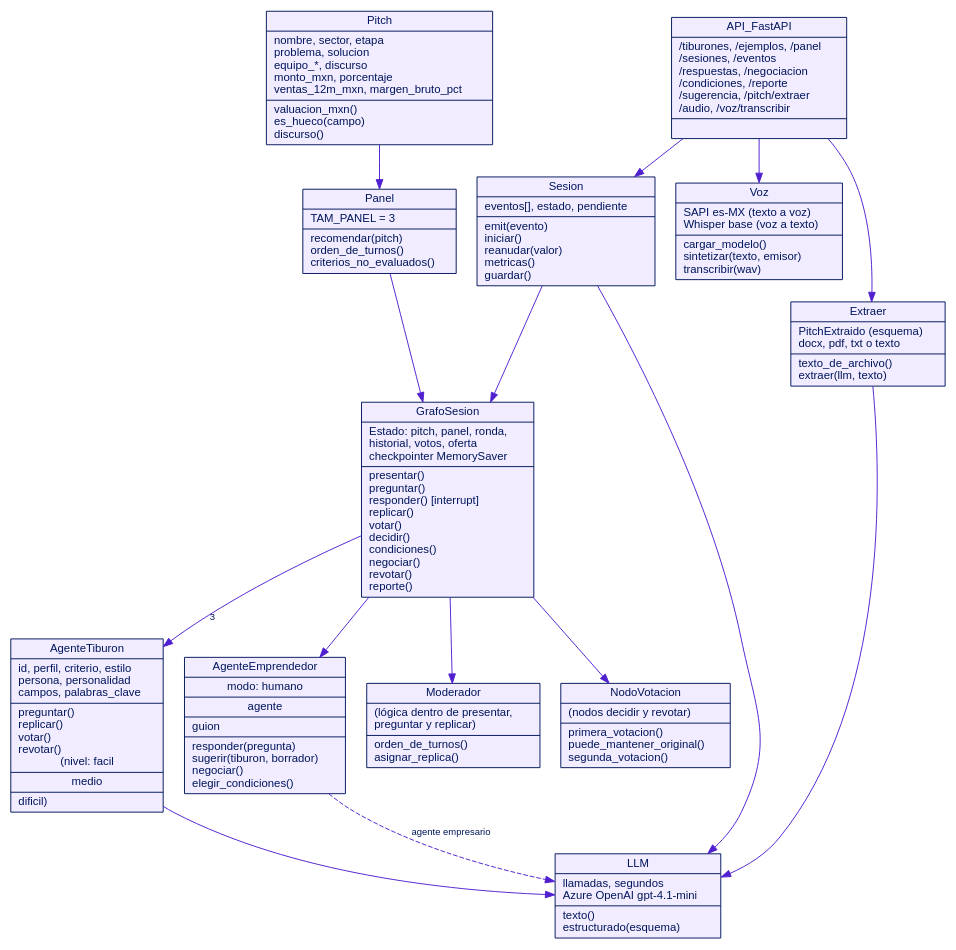
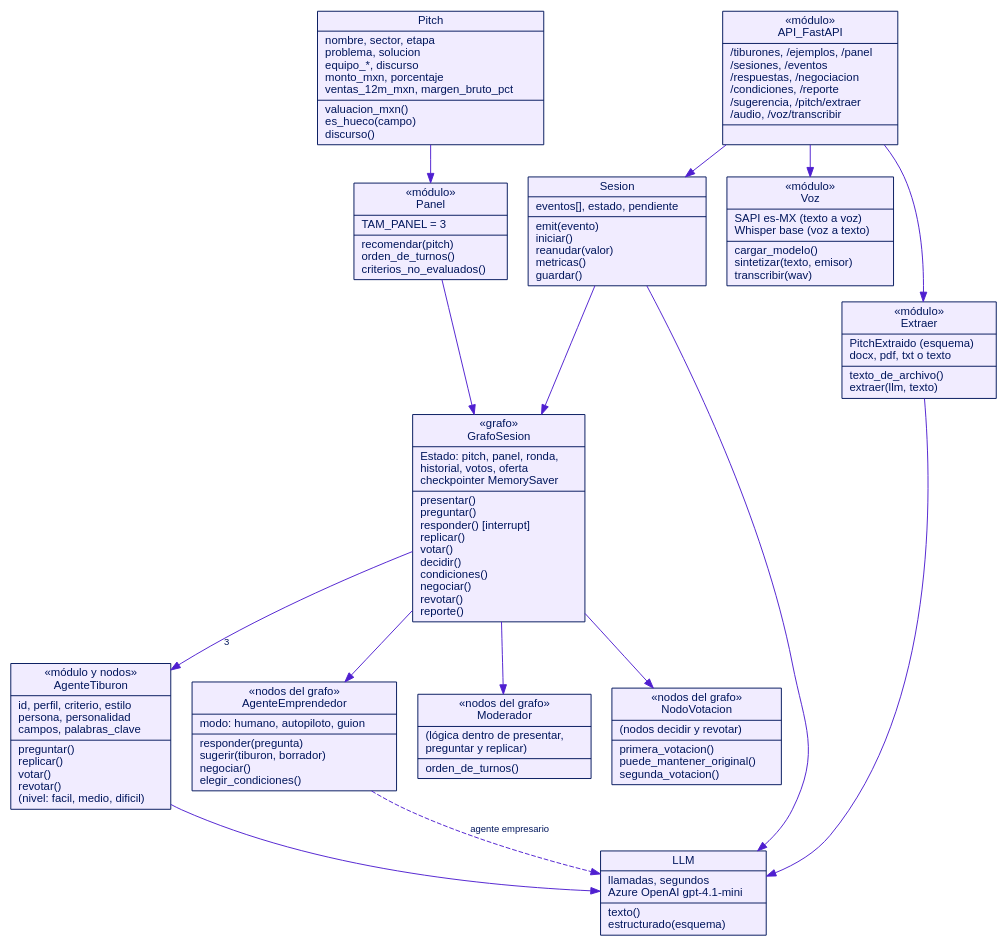
Before and after one commit to albertolopezb/NeuralHub: the diagram in docs/figuras/f05a_clases_servicio.dot, drawn with Graphviz. The commit also changed 26 other files, not shown here.

Commit message:
Correcciones de la revisión: diagramas, captura de tiburones, cifras y límites declarados

```diff
--- a/docs/figuras/f05a_clases_servicio.dot
+++ b/docs/figuras/f05a_clases_servicio.dot
@@ -1,16 +1,16 @@
 digraph G{ bgcolor=white; fontname="Helvetica"; node[fontname="Helvetica",fontsize=12,color="#00165C",fontcolor="#00165C",shape=record,style=filled]; edge[fontname="Helvetica",fontsize=10,color="#4F1FD0",fontcolor="#00165C"]; rankdir=TB; nodesep=.3; ranksep=.45;
 Pitch[fillcolor="#F1ECFF",label="{Pitch|nombre, sector, etapa\lproblema, solucion\lequipo_*, discurso\lmonto_mxn, porcentaje\lventas_12m_mxn, margen_bruto_pct\l|valuacion_mxn()\les_hueco(campo)\ldiscurso()\l}"];
-Panel[fillcolor="#F1ECFF",label="{Panel|TAM_PANEL = 3\l|recomendar(pitch)\lorden_de_turnos()\lcriterios_no_evaluados()\l}"];
-AgenteTiburon[fillcolor="#F1ECFF",label="{AgenteTiburon|id, perfil, criterio, estilo\lpersona, personalidad\lcampos, palabras_clave\l|preguntar()\lreplicar()\lvotar()\lrevotar()\l(nivel: facil|medio|dificil)\l}"];
-AgenteEmprendedor[fillcolor="#F1ECFF",label="{AgenteEmprendedor|modo: humano | agente | guion\l|responder(pregunta)\lsugerir(tiburon, borrador)\lnegociar()\lelegir_condiciones()\l}"];
-Moderador[fillcolor="#F1ECFF",label="{Moderador|(lógica dentro de presentar,\lpreguntar y replicar)\l|orden_de_turnos()\lasignar_replica()\l}"];
-NodoVotacion[fillcolor="#F1ECFF",label="{NodoVotacion|(nodos decidir y revotar)\l|primera_votacion()\lpuede_mantener_original()\lsegunda_votacion()\l}"];
-GrafoSesion[fillcolor="#F1ECFF",label="{GrafoSesion|Estado: pitch, panel, ronda,\lhistorial, votos, oferta\lcheckpointer MemorySaver\l|presentar()\lpreguntar()\lresponder() [interrupt]\lreplicar()\lvotar()\ldecidir()\lcondiciones()\lnegociar()\lrevotar()\lreporte()\l}"];
+Panel[fillcolor="#F1ECFF",label="{«módulo»\nPanel|TAM_PANEL = 3\l|recomendar(pitch)\lorden_de_turnos()\lcriterios_no_evaluados()\l}"];
+AgenteTiburon[fillcolor="#F1ECFF",label="{«módulo y nodos»\nAgenteTiburon|id, perfil, criterio, estilo\lpersona, personalidad\lcampos, palabras_clave\l|preguntar()\lreplicar()\lvotar()\lrevotar()\l(nivel: facil, medio, dificil)\l}"];
+AgenteEmprendedor[fillcolor="#F1ECFF",label="{«nodos del grafo»\nAgenteEmprendedor|modo: humano, autopiloto, guion\l|responder(pregunta)\lsugerir(tiburon, borrador)\lnegociar()\lelegir_condiciones()\l}"];
+Moderador[fillcolor="#F1ECFF",label="{«nodos del grafo»\nModerador|(lógica dentro de presentar,\lpreguntar y replicar)\l|orden_de_turnos()\l}"];
+NodoVotacion[fillcolor="#F1ECFF",label="{«nodos del grafo»\nNodoVotacion|(nodos decidir y revotar)\l|primera_votacion()\lpuede_mantener_original()\lsegunda_votacion()\l}"];
+GrafoSesion[fillcolor="#F1ECFF",label="{«grafo»\nGrafoSesion|Estado: pitch, panel, ronda,\lhistorial, votos, oferta\lcheckpointer MemorySaver\l|presentar()\lpreguntar()\lresponder() [interrupt]\lreplicar()\lvotar()\ldecidir()\lcondiciones()\lnegociar()\lrevotar()\lreporte()\l}"];
 LLM[fillcolor="#F1ECFF",label="{LLM|llamadas, segundos\lAzure OpenAI gpt-4.1-mini\l|texto()\lestructurado(esquema)\l}"];
 Sesion[fillcolor="#F1ECFF",label="{Sesion|eventos[], estado, pendiente\l|emit(evento)\liniciar()\lreanudar(valor)\lmetricas()\lguardar()\l}"];
-API_FastAPI[fillcolor="#F1ECFF",label="{API_FastAPI|/tiburones, /ejemplos, /panel\l/sesiones, /eventos\l/respuestas, /negociacion\l/condiciones, /reporte\l/sugerencia, /pitch/extraer\l/audio, /voz/transcribir\l|}"];
-Voz[fillcolor="#F1ECFF",label="{Voz|SAPI es-MX (texto a voz)\lWhisper base (voz a texto)\l|cargar_modelo()\lsintetizar(texto, emisor)\ltranscribir(wav)\l}"];
-Extraer[fillcolor="#F1ECFF",label="{Extraer|PitchExtraido (esquema)\ldocx, pdf, txt o texto\l|texto_de_archivo()\lextraer(llm, texto)\l}"];
+API_FastAPI[fillcolor="#F1ECFF",label="{«módulo»\nAPI_FastAPI|/tiburones, /ejemplos, /panel\l/sesiones, /eventos\l/respuestas, /negociacion\l/condiciones, /reporte\l/sugerencia, /pitch/extraer\l/audio, /voz/transcribir\l|}"];
+Voz[fillcolor="#F1ECFF",label="{«módulo»\nVoz|SAPI es-MX (texto a voz)\lWhisper base (voz a texto)\l|cargar_modelo()\lsintetizar(texto, emisor)\ltranscribir(wav)\l}"];
+Extraer[fillcolor="#F1ECFF",label="{«módulo»\nExtraer|PitchExtraido (esquema)\ldocx, pdf, txt o texto\l|texto_de_archivo()\lextraer(llm, texto)\l}"];
 Pitch->Panel; Panel->GrafoSesion; GrafoSesion->AgenteTiburon[label="3"]; GrafoSesion->AgenteEmprendedor; GrafoSesion->Moderador; GrafoSesion->NodoVotacion;
 AgenteTiburon->LLM; AgenteEmprendedor->LLM[style=dashed,label="agente empresario"]; Sesion->GrafoSesion; Sesion->LLM; API_FastAPI->Sesion; API_FastAPI->Voz; API_FastAPI->Extraer; Extraer->LLM;
 }
```
